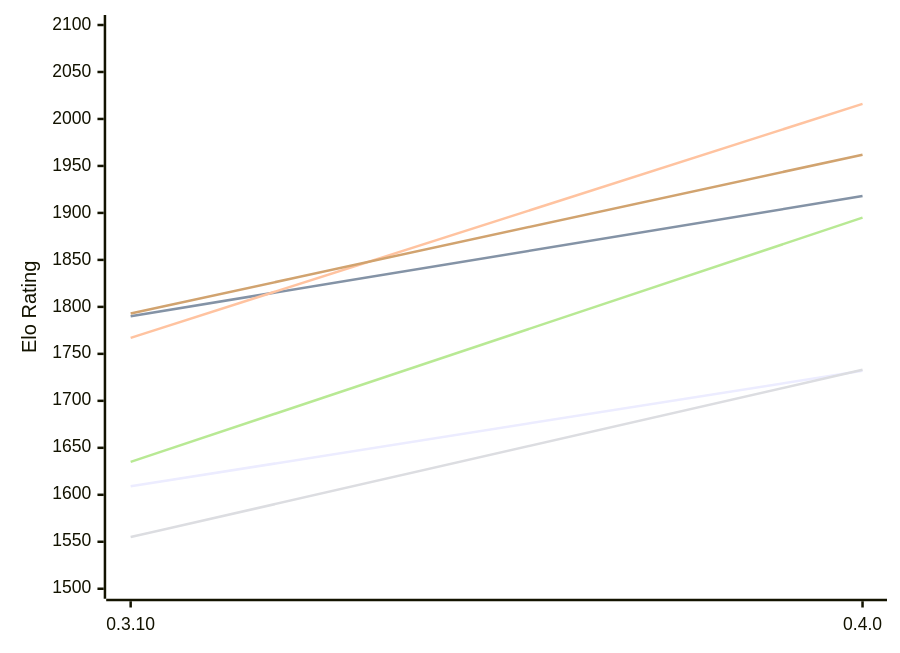
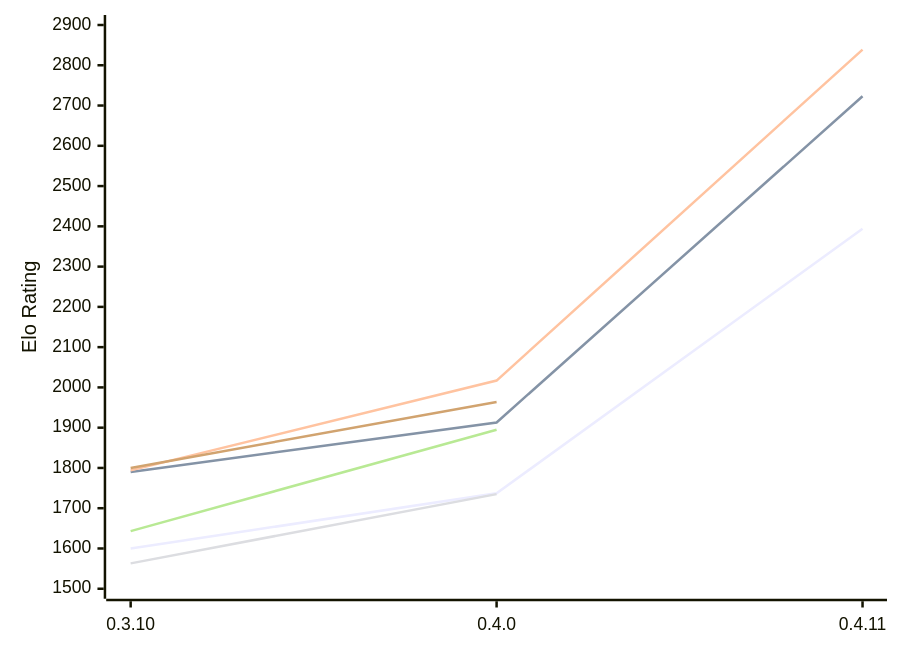
One commit to computer-chess-index/cci changed the first of 2 diagrams in engines/Arche.md. Above: the diagram before and after it, drawn with Mermaid. The commit also changed other lines of this file, not shown here.

Commit message:
Update CCI Ratings (ELO VLTC) - 2026-11-25

````diff
--- a/engines/Arche.md
+++ b/engines/Arche.md
@@ -53,12 +54,12 @@
 ```mermaid
 %%{init: {"theme":"base","themeVariables":{"seriesColors:['#a3a3a3','#222221','#faa371']}}}%%
 xychart-beta
-  x-axis ["0.3.10", "0.4.0"]
-  y-axis "Elo Rating" 1500 --> 2100
-  line "E1: STC (8.0+0.08s)" [1609, 1732]
-  line "E1: LTC (60.0+0.60s)" [1790, 1918]
-  line "E1: VLTC (2m24s+1.12s)" [1767, 2016]
-  line "P1: STC (8.0+0.08s)" [1555, 1733]
-  line "P1: LTC (60.0+0.60s)" [1635, 1895]
-  line "P1: VLTC (2m24s+1.12s)" [1793, 1962]
+  x-axis ["0.3.10", "0.4.0", "0.4.11"]
+  y-axis "Elo Rating" 1500 --> 2900
+  line "E1: STC (8.0+0.08s)" [1600, 1737, 2394]
+  line "E1: LTC (60.0+0.60s)" [1790, 1913, 2723]
+  line "E1: VLTC (2m24s+1.12s)" [1794, 2017, 2839]
+  line "P1: STC (8.0+0.08s)" [1563, 1735]
+  line "P1: LTC (60.0+0.60s)" [1643, 1895]
+  line "P1: VLTC (2m24s+1.12s)" [1800, 1964]
 ```
````
